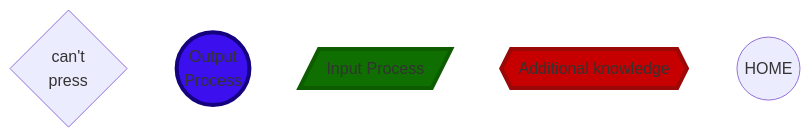
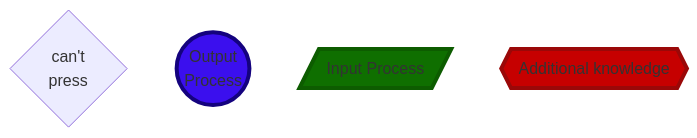
Before and after one commit to elifdesign/Elif-Design: the first of 3 diagrams in Catalog.md, drawn with Mermaid.

````diff
--- a/Catalog.md
+++ b/Catalog.md
@@ -3,13 +3,11 @@
 ```mermaid
 flowchart TD
 O{can't <br> press}
 P((Output <br> Process))
 style P fill:#3B0FEE,stroke:#14027E,stroke-width:4px
 Q[/Input Process/]
 style Q fill:#0F6F00,stroke:#0D5C00,stroke-width:4px
 U{{ Additional knowledge }}
 style U fill:#C60000,stroke:#9A0808,stroke-width:4px
 click U "https://github.com/elifdesign/Elif-Design/blob/main/Catalog.md#additional-knowledge"
-Y((HOME))
-click Y "https://github.com/elifdesign/Elif-Design/blob/main/Catalog.md#Catalog"
 ```
````
